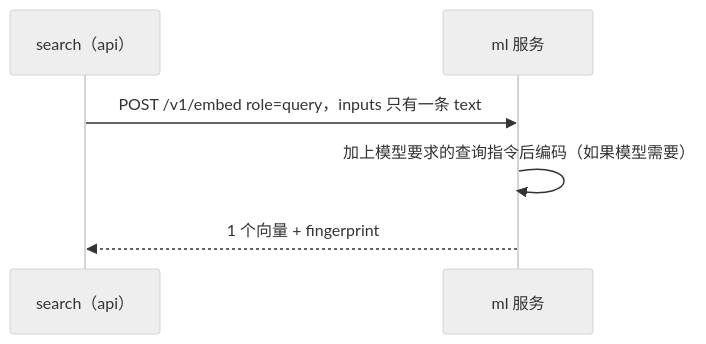
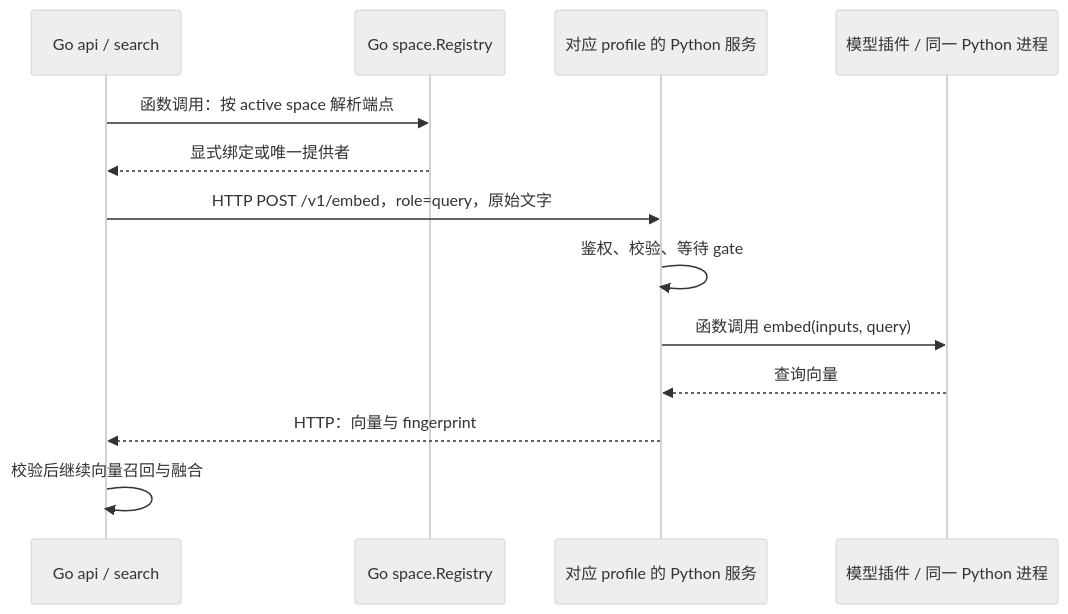
One commit to realOzine/videohelper changed the third of 6 diagrams in docs/spec.md. Above: the diagram before and after it, drawn with Mermaid (neutral theme). The commit also changed other lines of this file, not shown here.

````diff
--- a/docs/spec.md
+++ b/docs/spec.md
@@ -1815,8 +1741,15 @@
 ```mermaid
 sequenceDiagram
-  participant S as search（api）
-  participant P as ml 服务
-  S->>P: POST /v1/embed role=query，inputs 只有一条 text
-  P->>P: 加上模型要求的查询指令后编码（如果模型需要）
-  P-->>S: 1 个向量 + fingerprint
+  participant S as Go api / search
+  participant R as Go space.Registry
+  participant P as 对应 profile 的 Python 服务
+  participant A as 模型插件 / 同一 Python 进程
+  S->>R: 函数调用：按 active space 解析端点
+  R-->>S: 显式绑定或唯一提供者
+  S->>P: HTTP POST /v1/embed，role=query，原始文字
+  P->>P: 鉴权、校验、等待 gate
+  P->>A: 函数调用 embed(inputs, query)
+  A-->>P: 查询向量
+  P-->>S: HTTP：向量与 fingerprint
+  S->>S: 校验后继续向量召回与融合
 ```
````
